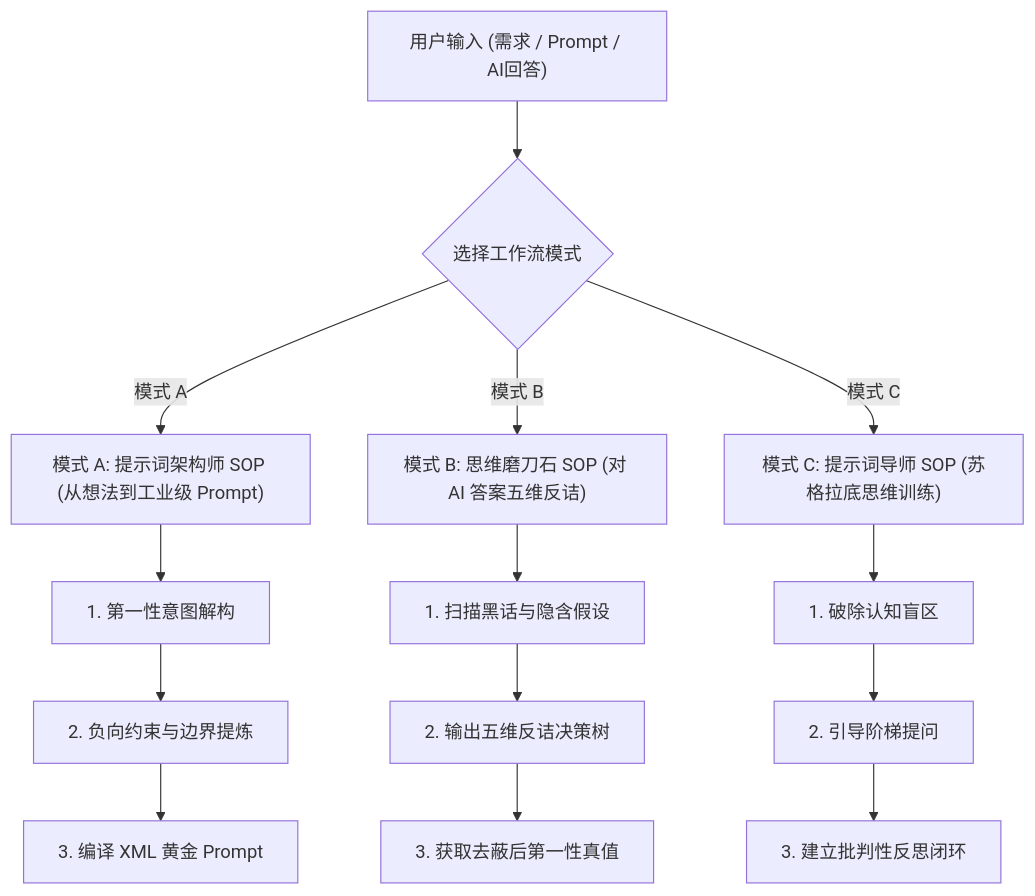
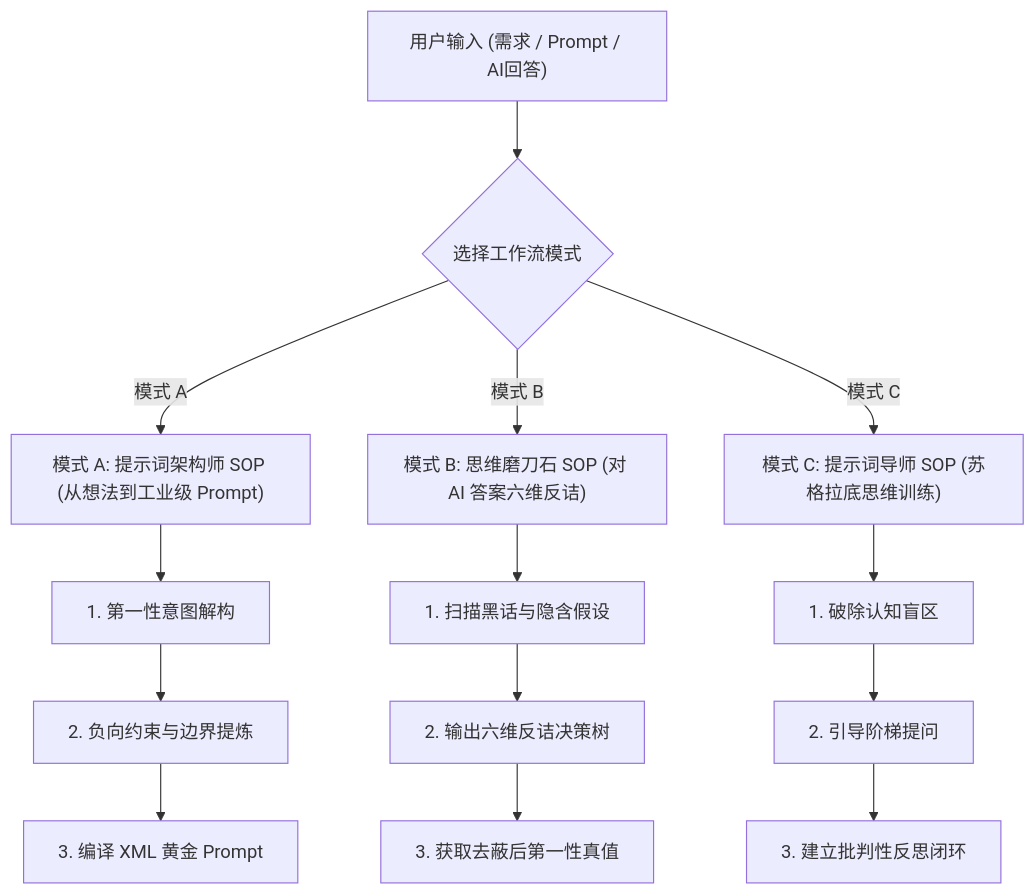
One commit to guyue55/Skills changed the second of 2 diagrams in skills/topic-socratic-prompt-master/SKILL.md. Above: the diagram before and after it, drawn with Mermaid. The commit also changed other lines of this file and 10 other files, not shown here.

````diff
--- a/skills/topic-socratic-prompt-master/SKILL.md
+++ b/skills/topic-socratic-prompt-master/SKILL.md
@@ -109,11 +160,11 @@
 ```mermaid
 graph TD
     Input["用户输入 (需求 / Prompt / AI回答)"] --> Route{"选择工作流模式"}
     Route -- 模式 A --> ModeA["模式 A: 提示词架构师 SOP (从想法到工业级 Prompt)"]
-    Route -- 模式 B --> ModeB["模式 B: 思维磨刀石 SOP (对 AI 答案五维反诘)"]
+    Route -- 模式 B --> ModeB["模式 B: 思维磨刀石 SOP (对 AI 答案六维反诘)"]
     Route -- 模式 C --> ModeC["模式 C: 提示词导师 SOP (苏格拉底思维训练)"]
     
     ModeA --> StepA1["1. 第一性意图解构"] --> StepA2["2. 负向约束与边界提炼"] --> StepA3["3. 编译 XML 黄金 Prompt"]
-    ModeB --> StepB1["1. 扫描黑话与隐含假设"] --> StepB2["2. 输出五维反诘决策树"] --> StepB3["3. 获取去蔽后第一性真值"]
+    ModeB --> StepB1["1. 扫描黑话与隐含假设"] --> StepB2["2. 输出六维反诘决策树"] --> StepB3["3. 获取去蔽后第一性真值"]
     ModeC --> StepC1["1. 破除认知盲区"] --> StepC2["2. 引导阶梯提问"] --> StepC3["3. 建立批判性反思闭环"]
 ```
````
